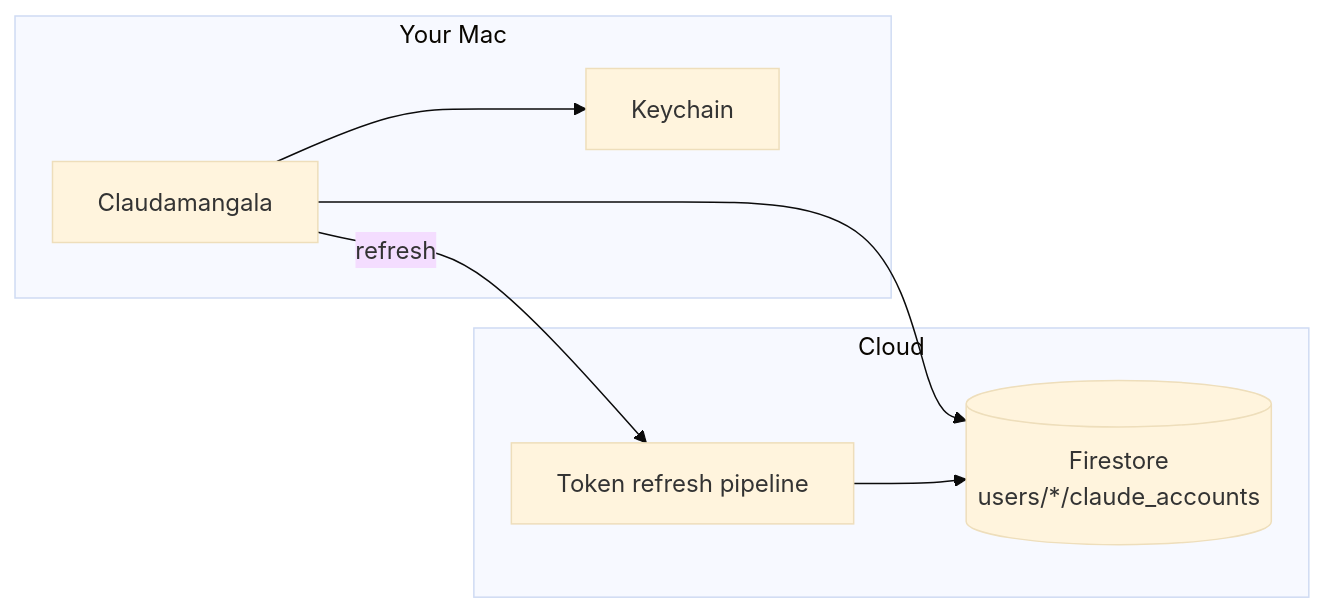
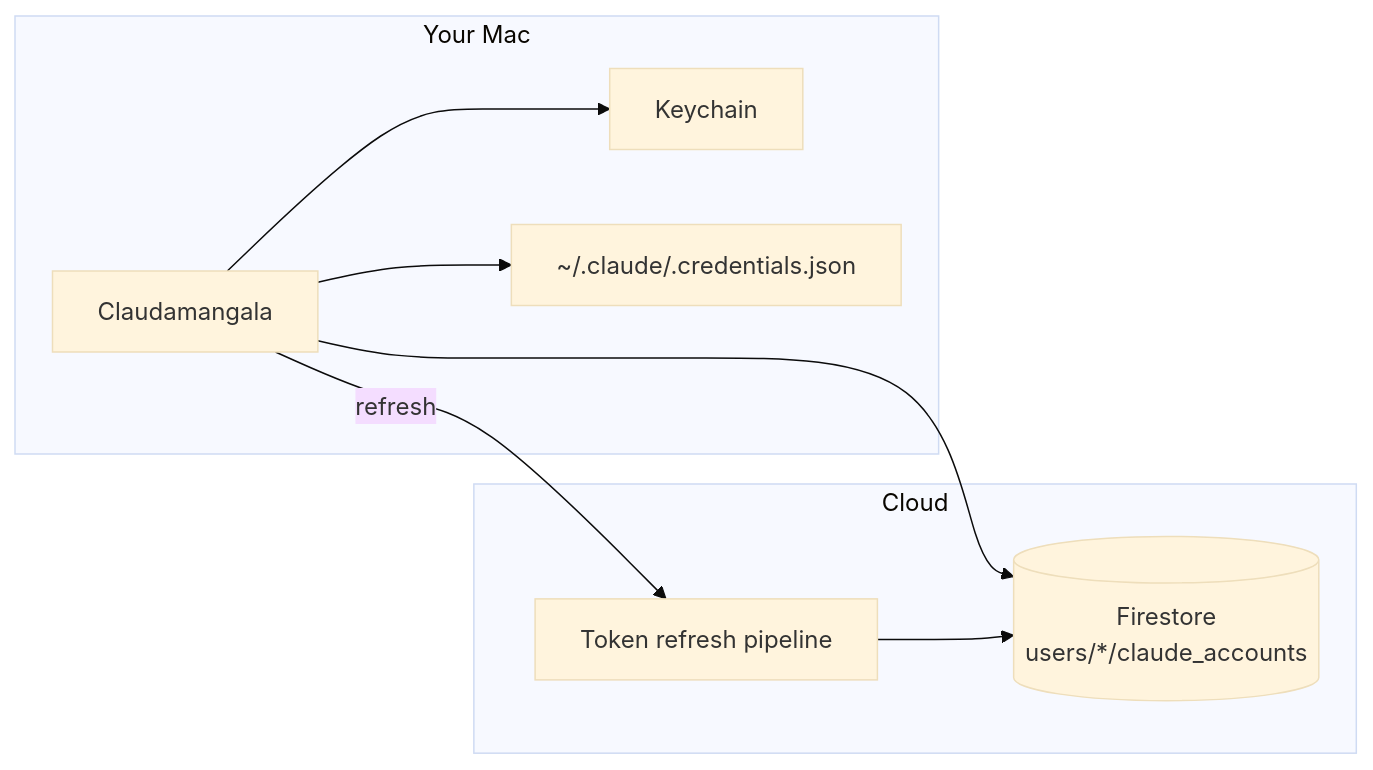
One commit to TheGuyDangerous/Claudamangala changed the diagram in README.md. Above: the diagram before and after it, drawn with Mermaid (base theme). The commit also changed other lines of this file and 7 other files, not shown here.

First line of the commit message:
Let Apply write to Keychain or ~/.claude/.credentials.json

````diff
--- a/README.md
+++ b/README.md
@@ -29,17 +29,19 @@
 ```mermaid
 flowchart LR
   subgraph macOS["Your Mac"]
     App[Claudamangala]
     KC[Keychain]
+    File["~/.claude/.credentials.json"]
     App --> KC
+    App --> File
   end
 
   subgraph cloud["Cloud"]
     FS[(Firestore\nusers/*/claude_accounts)]
     Pipe[Token refresh pipeline]
   end
 
   App --> FS
   App -->|refresh| Pipe
   Pipe --> FS
 ```
````
